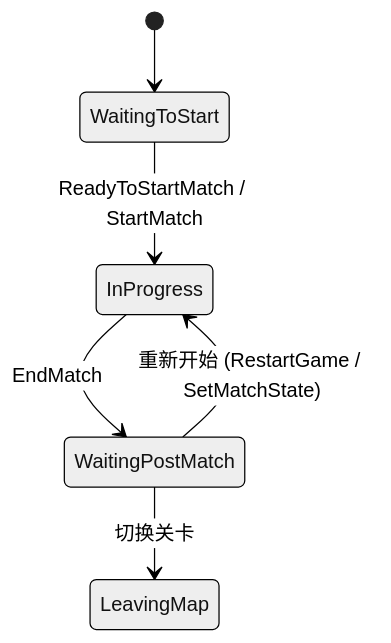
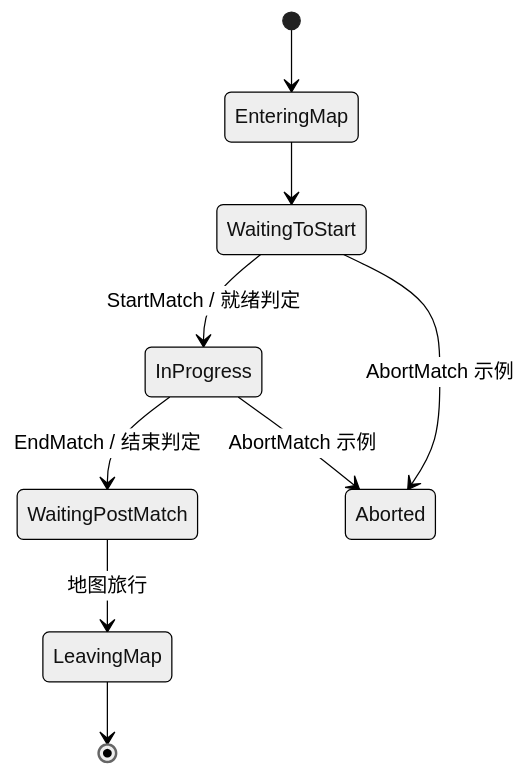
One commit to fantuan812/learning changed the third of 3 diagrams in 知识/03-引擎架构与资源系统/模块化框架与对象通信/03-Gameplay框架与游戏模式.md. Above: the diagram before and after it, drawn with Mermaid (neutral theme). The commit also changed other lines of this file and 1 other file, not shown here.

````diff
--- a/知识/03-引擎架构与资源系统/模块化框架与对象通信/03-Gameplay框架与游戏模式.md
+++ b/知识/03-引擎架构与资源系统/模块化框架与对象通信/03-Gameplay框架与游戏模式.md
@@ -108,8 +138,11 @@
 ```mermaid
 stateDiagram-v2
-    [*] --> WaitingToStart
-    WaitingToStart --> InProgress: ReadyToStartMatch / StartMatch
-    InProgress --> WaitingPostMatch: EndMatch
-    WaitingPostMatch --> InProgress: 重新开始 (RestartGame / SetMatchState)
-    WaitingPostMatch --> LeavingMap: 切换关卡
+    [*] --> EnteringMap
+    EnteringMap --> WaitingToStart
+    WaitingToStart --> InProgress: StartMatch / 就绪判定
+    InProgress --> WaitingPostMatch: EndMatch / 结束判定
+    WaitingPostMatch --> LeavingMap: 地图旅行
+    LeavingMap --> [*]
+    WaitingToStart --> Aborted: AbortMatch 示例
+    InProgress --> Aborted: AbortMatch 示例
 ```
````
